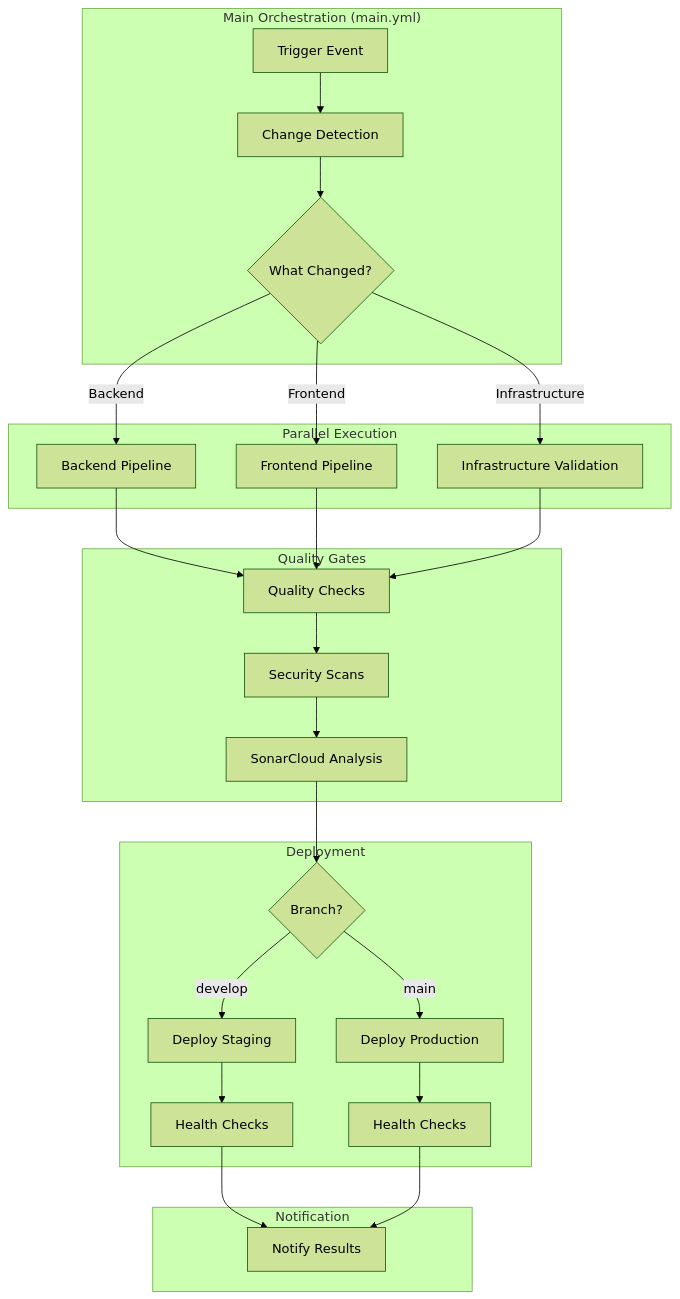
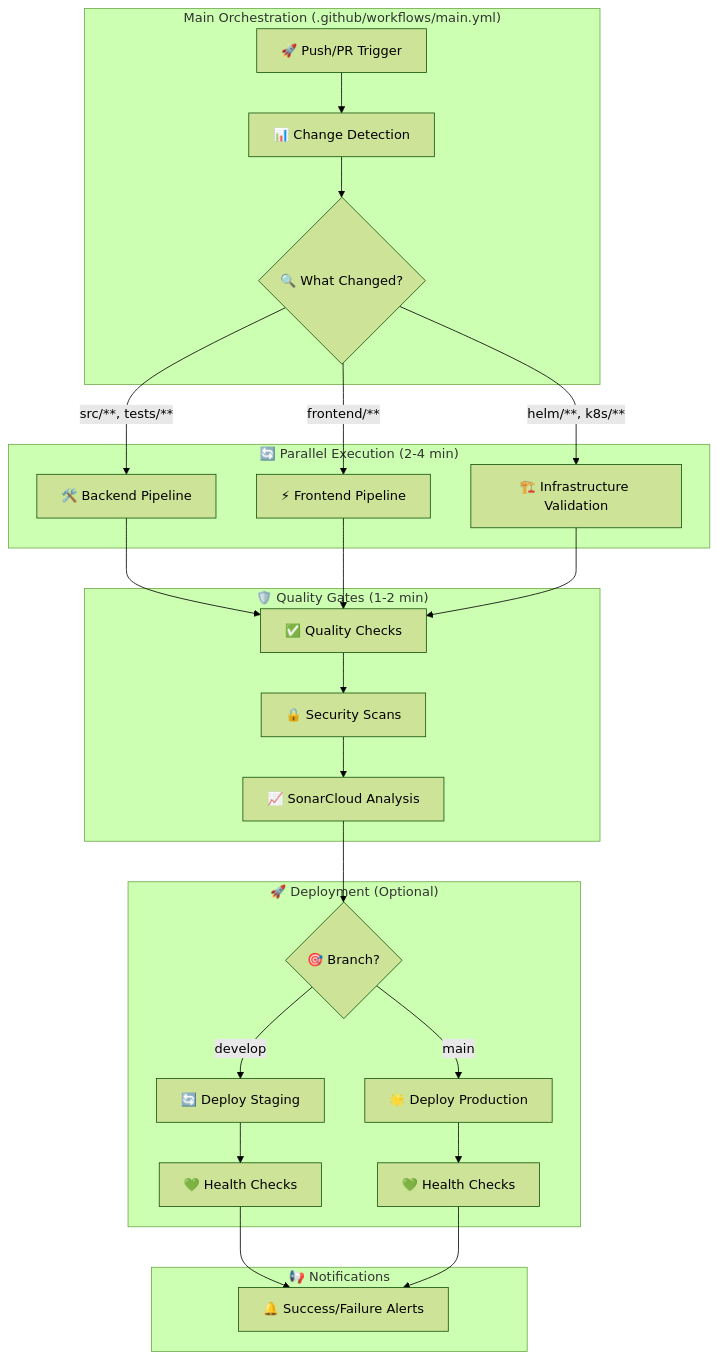
One commit to ribatshepo/WorkFlowOchestrator changed the first of 6 diagrams in Docs/ci-cd/pipeline-architecture.md. Above: the diagram before and after it, drawn with Mermaid (forest theme). The commit also changed other lines of this file and 3 other files, not shown here.

First line of the commit message:
Enhance CI/CD Documentation and Architecture

````diff
--- a/Docs/ci-cd/pipeline-architecture.md
+++ b/Docs/ci-cd/pipeline-architecture.md
@@ -29,34 +39,34 @@
 ```mermaid
 graph TB
-    subgraph "Main Orchestration (main.yml)"
-        A[Trigger Event] --> B[Change Detection]
-        B --> C{What Changed?}
+    subgraph "Main Orchestration (.github/workflows/main.yml)"
+        A[🚀 Push/PR Trigger] --> B[📊 Change Detection]
+        B --> C{🔍 What Changed?}
     end
     
-    subgraph "Parallel Execution"
-        C -->|Backend| D[Backend Pipeline]
-        C -->|Frontend| E[Frontend Pipeline]
-        C -->|Infrastructure| F[Infrastructure Validation]
+    subgraph "🔄 Parallel Execution (2-4 min)"
+        C -->|src/**, tests/** | D[🛠️ Backend Pipeline]
+        C -->|frontend/**| E[⚡ Frontend Pipeline]  
+        C -->|helm/**, k8s/**| F[🏗️ Infrastructure Validation]
     end
     
-    subgraph "Quality Gates"
-        D --> G[Quality Checks]
+    subgraph "🛡️ Quality Gates (1-2 min)"
+        D --> G[✅ Quality Checks]
         E --> G
         F --> G
-        G --> H[Security Scans]
-        H --> I[SonarCloud Analysis]
+        G --> H[🔒 Security Scans]
+        H --> I[📈 SonarCloud Analysis]
     end
     
-    subgraph "Deployment"
-        I --> J{Branch?}
-        J -->|develop| K[Deploy Staging]
-        J -->|main| L[Deploy Production]
-        K --> M[Health Checks]
-        L --> N[Health Checks]
+    subgraph "🚀 Deployment (Optional)"
+        I --> J{🎯 Branch?}
+        J -->|develop| K[🔄 Deploy Staging]
+        J -->|main| L[🌟 Deploy Production]
+        K --> M[💚 Health Checks]
+        L --> N[💚 Health Checks]
     end
     
-    subgraph "Notification"
-        M --> O[Notify Results]
+    subgraph "📢 Notifications"
+        M --> O[🔔 Success/Failure Alerts]
         N --> O
     end
 ```
````
